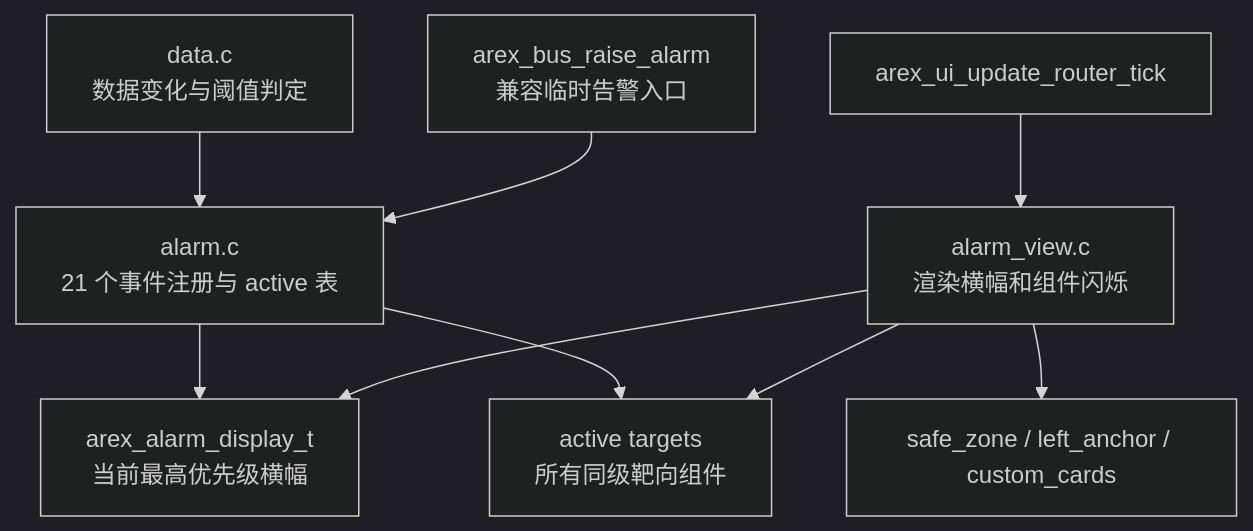
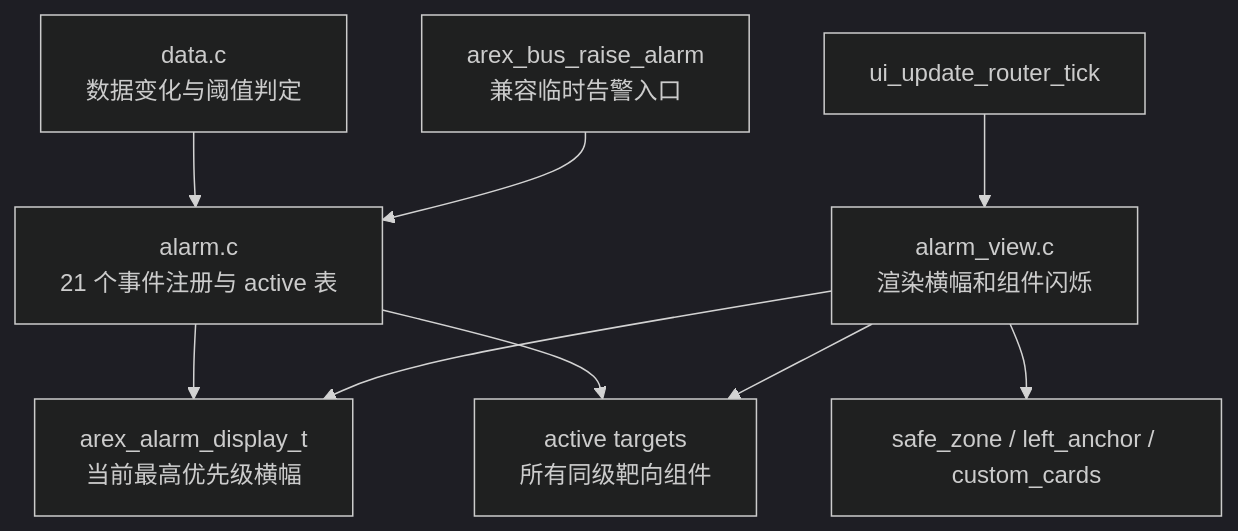
Before and after one commit to arexvision/lv_port_win_codeblocks-release-v8.3_hasGroup: the fifth of 6 diagrams in UI_html_DOC/AREX_UI_MODULE_MAP.md, drawn with Mermaid (dark theme). The commit also changed other lines of this file and 107 other files, not shown here.

````diff
--- a/UI_html_DOC/AREX_UI_MODULE_MAP.md
+++ b/UI_html_DOC/AREX_UI_MODULE_MAP.md
@@ -118,11 +118,11 @@
 ```mermaid
 flowchart TD
     DataLayer["data.c<br/>数据变化与阈值判定"] --> AlarmEngine["alarm.c<br/>21 个事件注册与 active 表"]
     Compat["arex_bus_raise_alarm<br/>兼容临时告警入口"] --> AlarmEngine
     AlarmEngine --> Display["arex_alarm_display_t<br/>当前最高优先级横幅"]
     AlarmEngine --> Targets["active targets<br/>所有同级靶向组件"]
-    UpdateRouter["arex_ui_update_router_tick"] --> AlarmView["alarm_view.c<br/>渲染横幅和组件闪烁"]
+    UpdateRouter["ui_update_router_tick"] --> AlarmView["alarm_view.c<br/>渲染横幅和组件闪烁"]
     AlarmView --> Display
     AlarmView --> Targets
     AlarmView --> ScreenObjects["safe_zone / left_anchor / custom_cards"]
 ```
````
